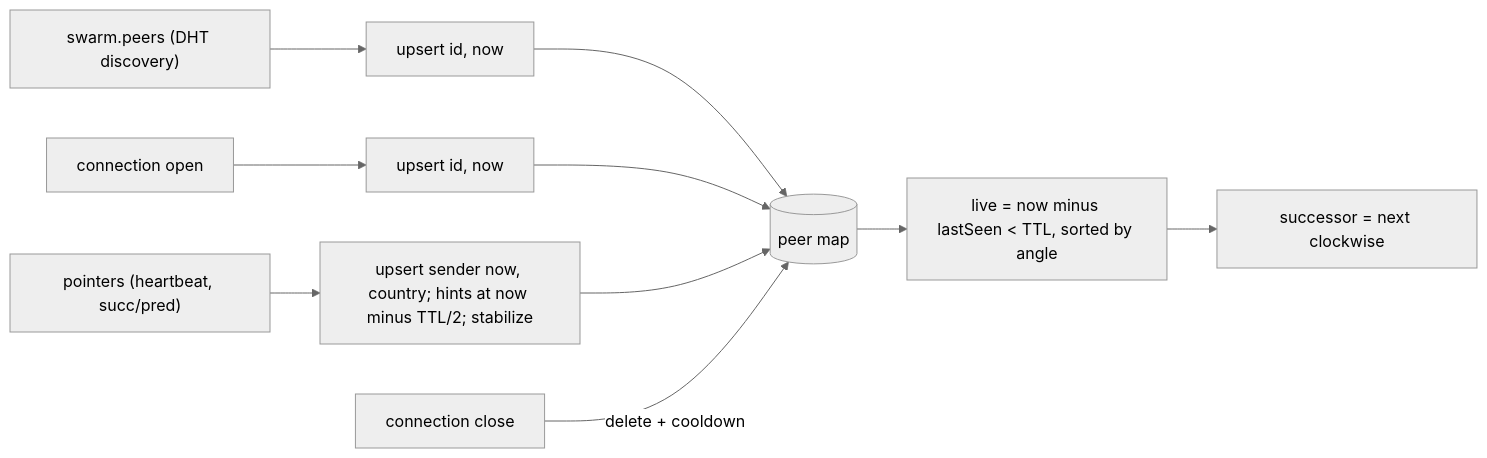
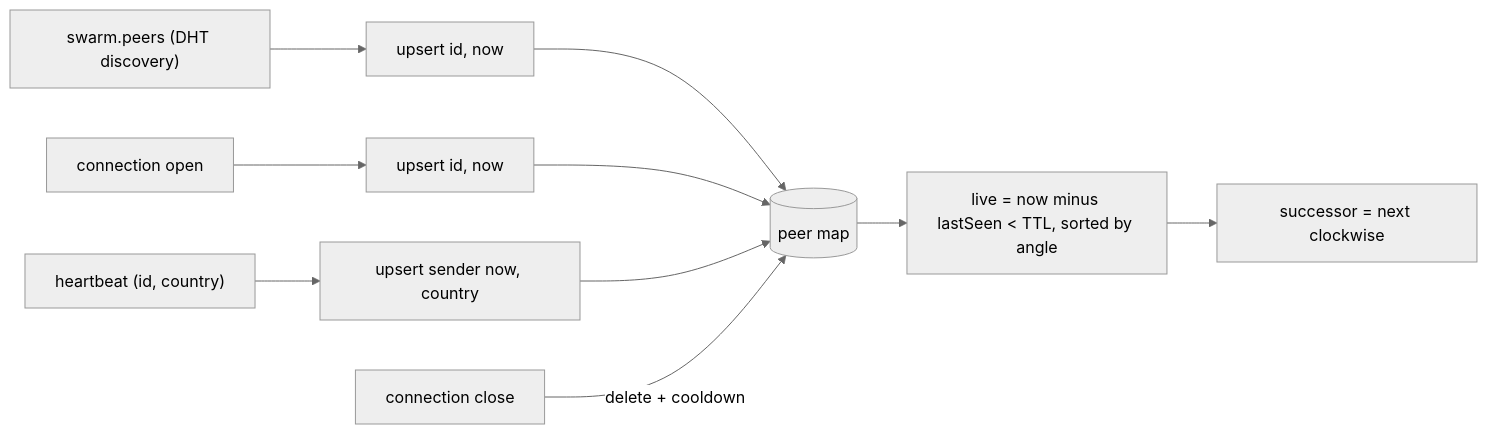
Before and after one commit to mnaamani/hyper-wave: the first of 5 diagrams in docs/protocol.md, drawn with Mermaid (neutral theme). The commit also changed other lines of this file and 7 other files, not shown here.

First line of the commit message:
refactor(gossip): heartbeat-only membership — drop stabilize + the pointer exchange

````diff
--- a/docs/protocol.md
+++ b/docs/protocol.md
@@ -221,12 +222,12 @@
 ```mermaid
 flowchart LR
   Dht["swarm.peers (DHT discovery)"] --> U0["upsert id, now"]
   Conn["connection open"] --> U["upsert id, now"]
-  Ptr["pointers (heartbeat, succ/pred)"] --> U3["upsert sender now, country; hints at now minus TTL/2; stabilize"]
+  Ptr["heartbeat (id, country)"] --> U3["upsert sender now, country"]
   U0 --> M[("peer map")]
   U --> M
   U3 --> M
   Close["connection close"] -->|delete + cooldown| M
   M --> L["live = now minus lastSeen &lt; TTL, sorted by angle"]
   L --> S["successor = next clockwise"]
 ```
````
